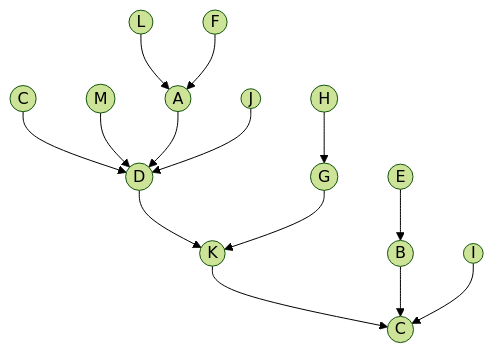
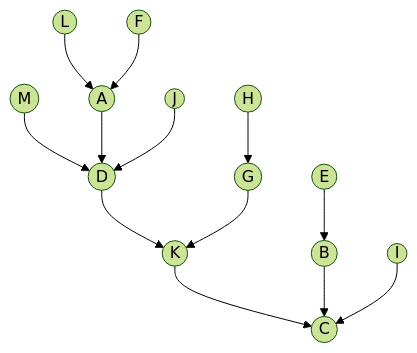
Before and after one commit to HSE-algo-23-crow/manual_tasks: the first of 3 diagrams in task_9/mongolian_tomatoes_task_9.md, drawn with Mermaid (forest theme).

Commit message:
Update mongolian_tomatoes_task_9.md
а

````diff
--- a/task_9/mongolian_tomatoes_task_9.md
+++ b/task_9/mongolian_tomatoes_task_9.md
@@ -16,16 +16,15 @@
 ```mermaid
 graph TB
     K((K))-->С((С))
     B((B))-->С((С))
     I((I))-->С((С))
     E((E))-->B((B))
     D((D))-->K((K))
     G((G))-->K((K))
-    C((C))-->D((D))
     H((H))-->G((G))
     M((M))-->D((D))
     A((A))-->D((D))
     J((J))-->D((D))
     L((L))-->A((A))
     F((F))-->A((A))
 ```
````
